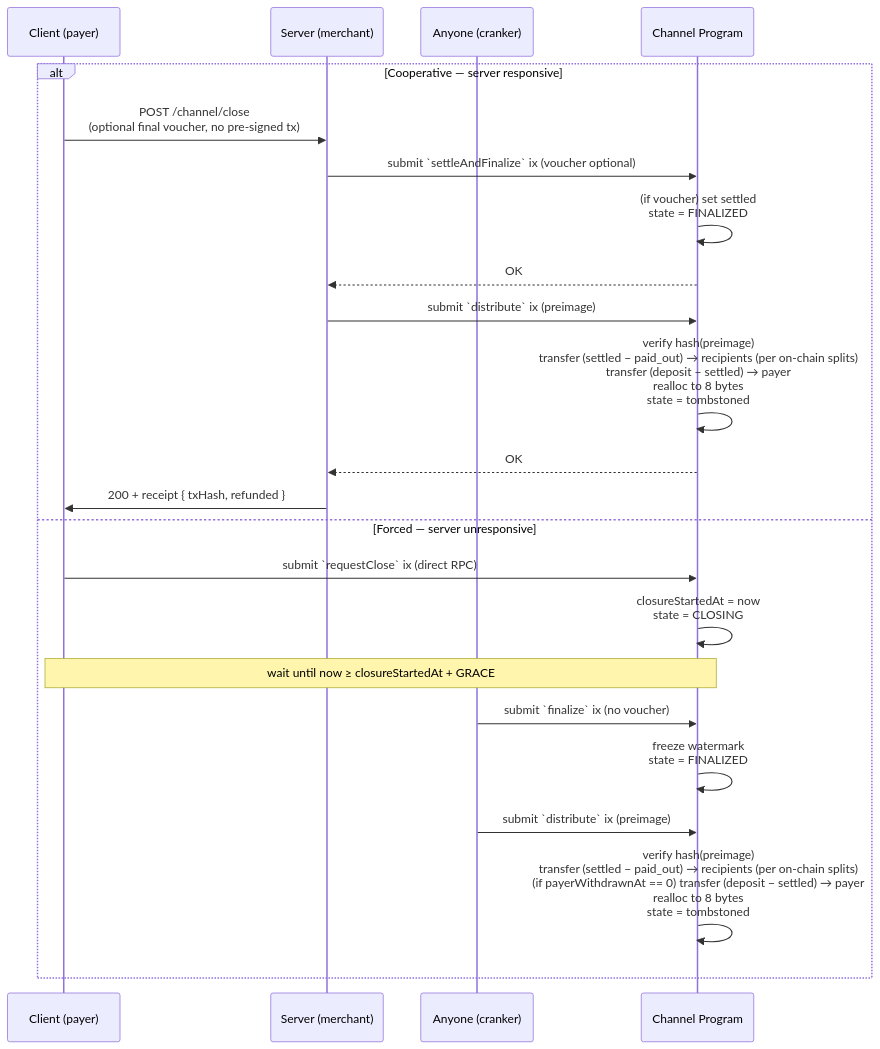
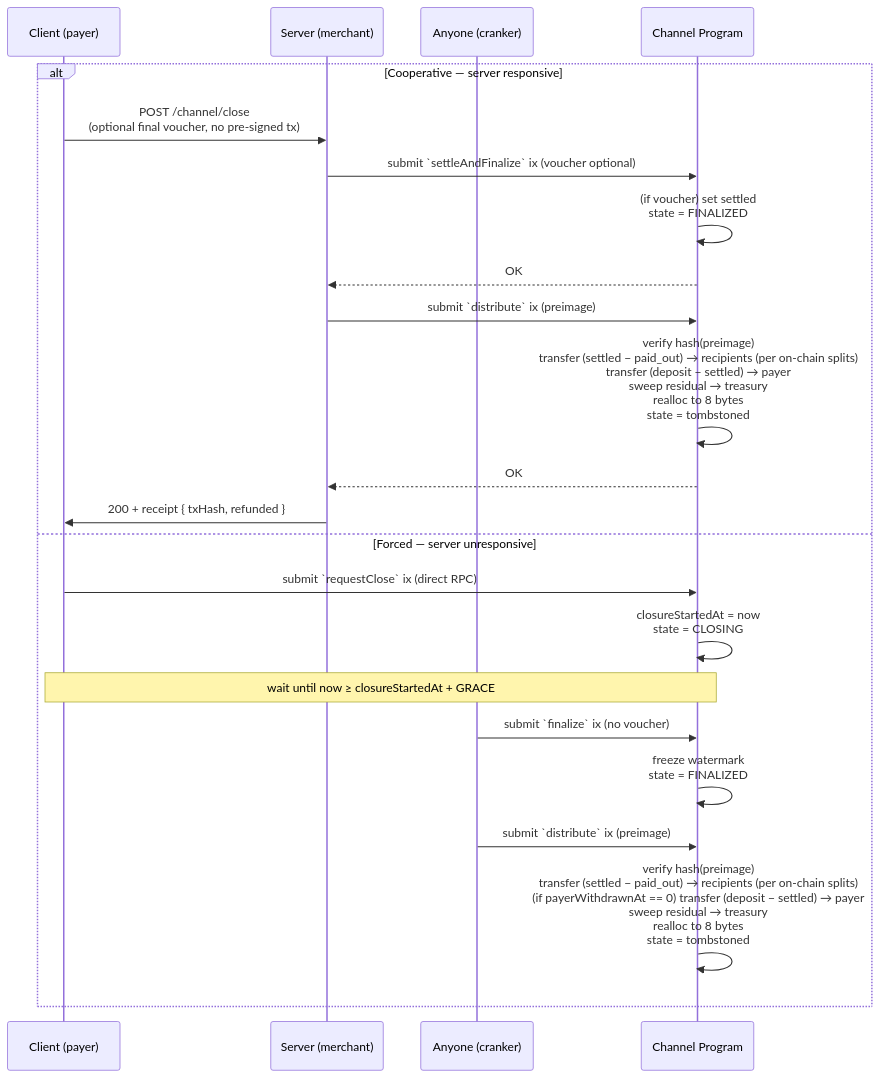
Before and after one commit to solana-foundation/payment-channels: the second of 2 diagrams in docs/002-http-protocol.md, drawn with Mermaid. The commit also changed other lines of this file and 10 other files, not shown here.

````diff
--- a/docs/002-http-protocol.md
+++ b/docs/002-http-protocol.md
@@ -145,30 +145,30 @@
 ```mermaid
 sequenceDiagram
     participant C as Client (payer)
     participant S as Server (merchant)
     participant A as Anyone (cranker)
     participant P as Channel Program
 
     alt Cooperative — server responsive
         C->>S: POST /channel/close<br/>(optional final voucher, no pre-signed tx)
         S->>P: submit `settleAndFinalize` ix (voucher optional)
         P->>P: (if voucher) set settled<br/>state = FINALIZED
         P-->>S: OK
 
         S->>P: submit `distribute` ix (preimage)
-        P->>P: verify hash(preimage)<br/>transfer (settled − paid_out) → recipients (per on-chain splits)<br/>transfer (deposit − settled) → payer<br/>realloc to 8 bytes<br/>state = tombstoned
+        P->>P: verify hash(preimage)<br/>transfer (settled − paid_out) → recipients (per on-chain splits)<br/>transfer (deposit − settled) → payer<br/>sweep residual → treasury<br/>realloc to 8 bytes<br/>state = tombstoned
         P-->>S: OK
         S->>C: 200 + receipt { txHash, refunded }
     else Forced — server unresponsive
         C->>P: submit `requestClose` ix (direct RPC)
         P->>P: closureStartedAt = now<br/>state = CLOSING
 
         Note over C,P: wait until now ≥ closureStartedAt + GRACE
 
         A->>P: submit `finalize` ix (no voucher)
         P->>P: freeze watermark<br/>state = FINALIZED
 
         A->>P: submit `distribute` ix (preimage)
-        P->>P: verify hash(preimage)<br/>transfer (settled − paid_out) → recipients (per on-chain splits)<br/>(if payerWithdrawnAt == 0) transfer (deposit − settled) → payer<br/>realloc to 8 bytes<br/>state = tombstoned
+        P->>P: verify hash(preimage)<br/>transfer (settled − paid_out) → recipients (per on-chain splits)<br/>(if payerWithdrawnAt == 0) transfer (deposit − settled) → payer<br/>sweep residual → treasury<br/>realloc to 8 bytes<br/>state = tombstoned
     end
 ```
````
